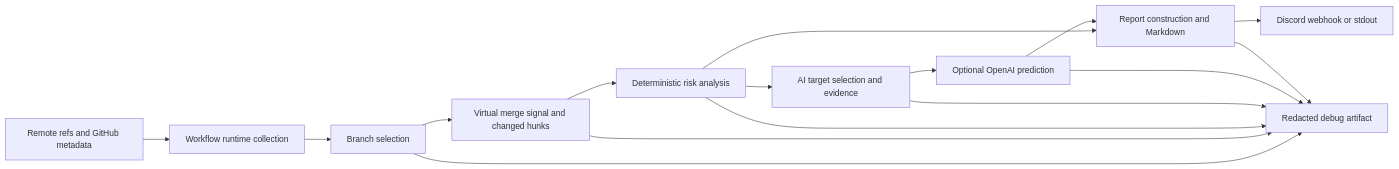
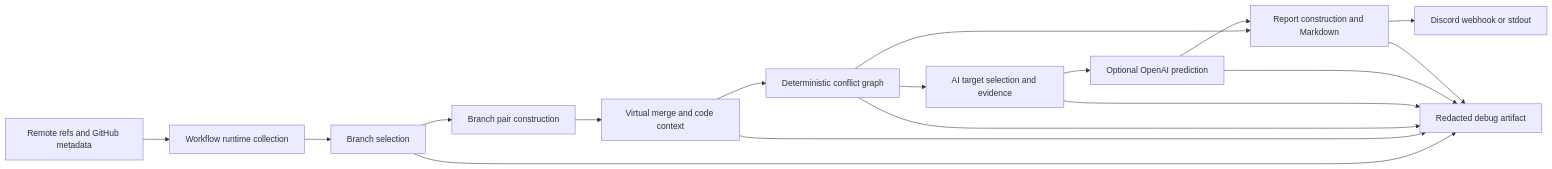
The first of 2 diagrams in .agents/rules/architecture.md (opficdev/Watcher), drawn with Mermaid before and after one commit. The commit also changed other lines of this file and 49 other files, not shown here.

First line of the commit message:
[#49] merge risk report를 branch 조합 중심으로 구성한다 (#63)

````diff
--- a/.agents/rules/architecture.md
+++ b/.agents/rules/architecture.md
@@ -47,29 +47,31 @@
 ```mermaid
 flowchart LR
 	Remote["Remote refs and GitHub metadata"]
 	Collection["Workflow runtime collection"]
 	Selection["Branch selection"]
-	Git["Virtual merge signal and changed hunks"]
-	Risk["Deterministic risk analysis"]
+	Pair["Branch pair construction"]
+	Git["Virtual merge and code context"]
+	Risk["Deterministic conflict graph"]
 	Target["AI target selection and evidence"]
 	OpenAI["Optional OpenAI prediction"]
 	Report["Report construction and Markdown"]
 	Channel["Discord webhook or stdout"]
 	Debug["Redacted debug artifact"]
 
 	Remote --> Collection
 	Collection --> Selection
-	Selection --> Git
+	Selection --> Pair
+	Pair --> Git
 	Git --> Risk
 	Risk --> Target
 	Target --> OpenAI
 	Risk --> Report
 	OpenAI --> Report
 	Report --> Channel
 	Selection --> Debug
 	Git --> Debug
 	Risk --> Debug
 	Target --> Debug
 	OpenAI --> Debug
 	Report --> Debug
 ```
````
